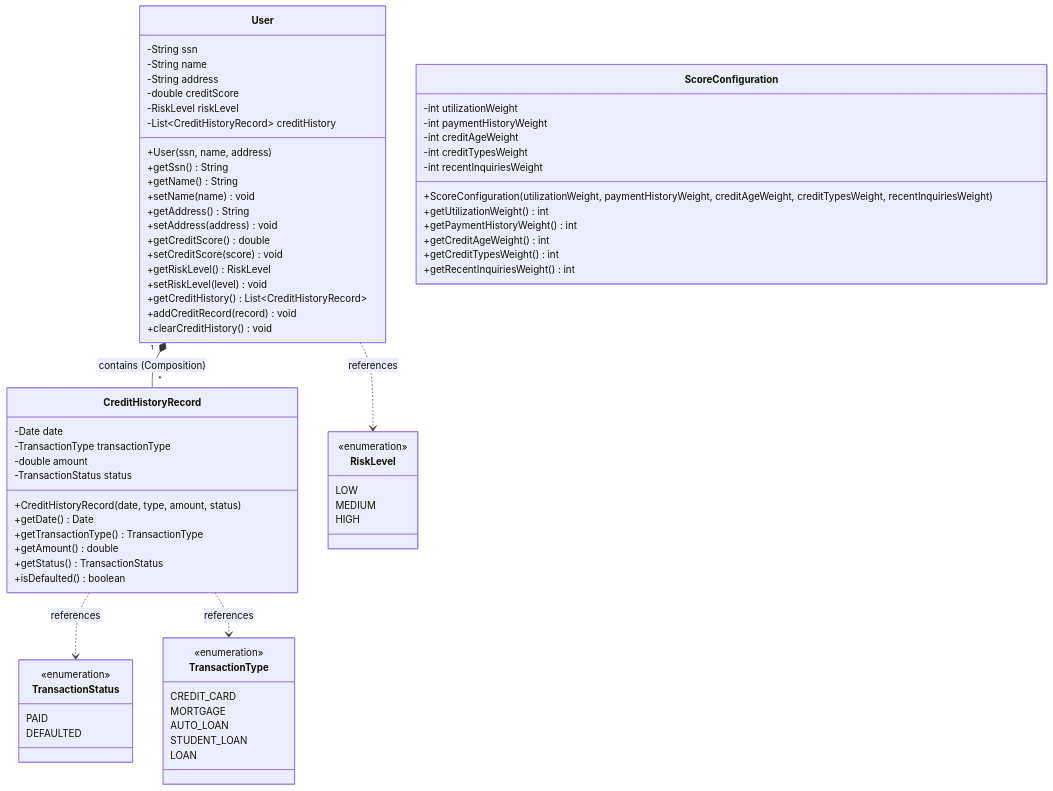
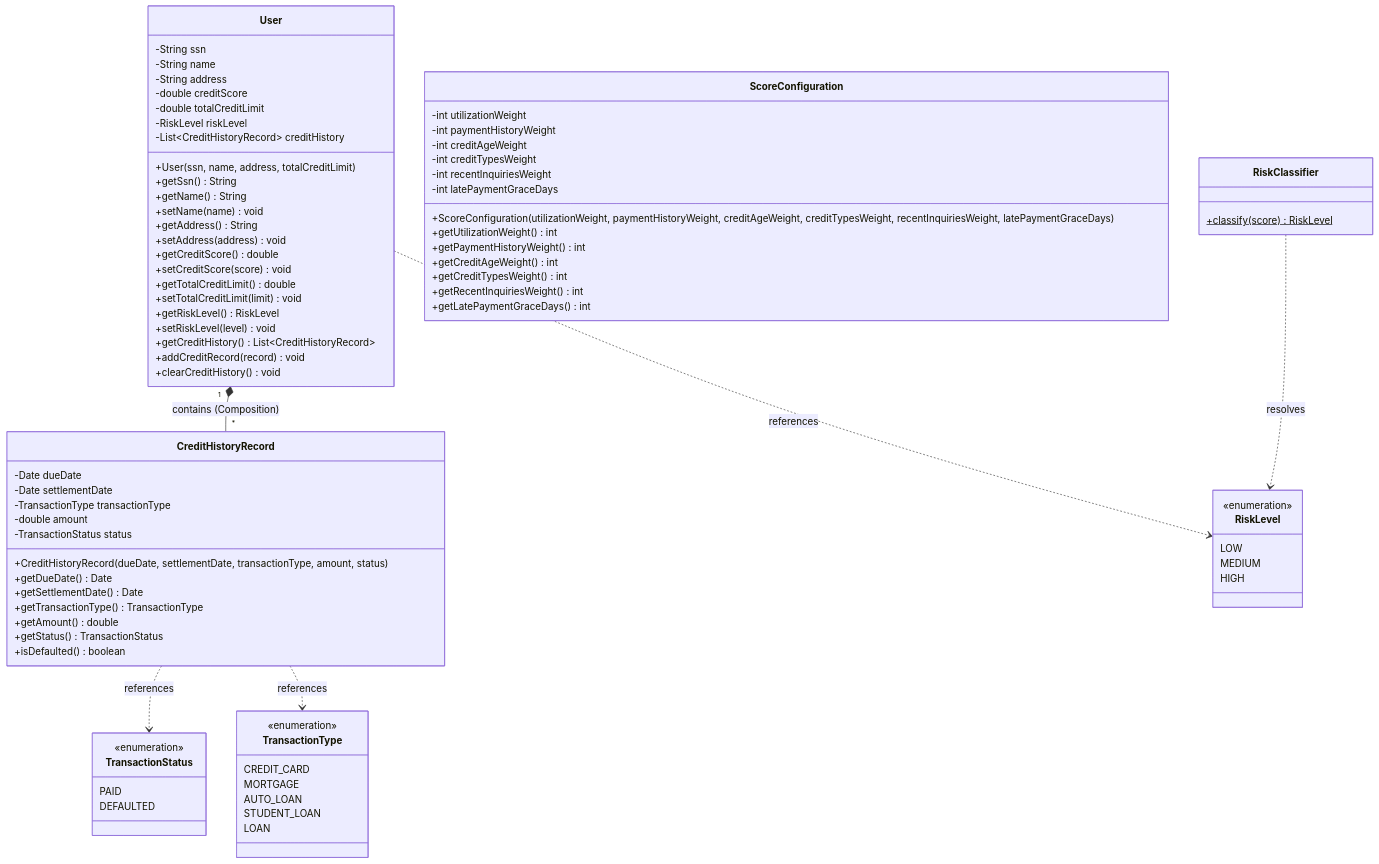
The diagram in docs/03_domain_model.md (Pinkylml/CreditScoreManagement), drawn with Mermaid before and after one commit. The commit also changed other lines of this file and 13 other files, not shown here.

````diff
--- a/docs/03_domain_model.md
+++ b/docs/03_domain_model.md
@@ -15,9 +15,10 @@
         -String name
         -String address
         -double creditScore
+        -double totalCreditLimit
         -RiskLevel riskLevel
         -List~CreditHistoryRecord~ creditHistory
-        +User(ssn, name, address)
+        +User(ssn, name, address, totalCreditLimit)
         +getSsn() String
         +getName() String
         +setName(name) void
@@ -25,6 +26,8 @@
         +setAddress(address) void
         +getCreditScore() double
         +setCreditScore(score) void
+        +getTotalCreditLimit() double
+        +setTotalCreditLimit(limit) void
         +getRiskLevel() RiskLevel
         +setRiskLevel(level) void
         +getCreditHistory() List~CreditHistoryRecord~
@@ -33,12 +36,14 @@
     }
 
     class CreditHistoryRecord {
-        -Date date
+        -Date dueDate
+        -Date settlementDate
         -TransactionType transactionType
         -double amount
         -TransactionStatus status
-        +CreditHistoryRecord(date, type, amount, status)
-        +getDate() Date
+        +CreditHistoryRecord(dueDate, settlementDate, transactionType, amount, status)
+        +getDueDate() Date
+        +getSettlementDate() Date
         +getTransactionType() TransactionType
         +getAmount() double
         +getStatus() TransactionStatus
@@ -51,12 +56,18 @@
         -int creditAgeWeight
         -int creditTypesWeight
         -int recentInquiriesWeight
-        +ScoreConfiguration(utilizationWeight, paymentHistoryWeight, creditAgeWeight, creditTypesWeight, recentInquiriesWeight)
+        -int latePaymentGraceDays
+        +ScoreConfiguration(utilizationWeight, paymentHistoryWeight, creditAgeWeight, creditTypesWeight, recentInquiriesWeight, latePaymentGraceDays)
         +getUtilizationWeight() int
         +getPaymentHistoryWeight() int
         +getCreditAgeWeight() int
         +getCreditTypesWeight() int
         +getRecentInquiriesWeight() int
+        +getLatePaymentGraceDays() int
+    }
+
+    class RiskClassifier {
+        +classify(score) RiskLevel$
     }
 
     class RiskLevel {
@@ -86,4 +97,5 @@
     User ..> RiskLevel : references
     CreditHistoryRecord ..> TransactionStatus : references
     CreditHistoryRecord ..> TransactionType : references
+    RiskClassifier ..> RiskLevel : resolves
 ```
````
